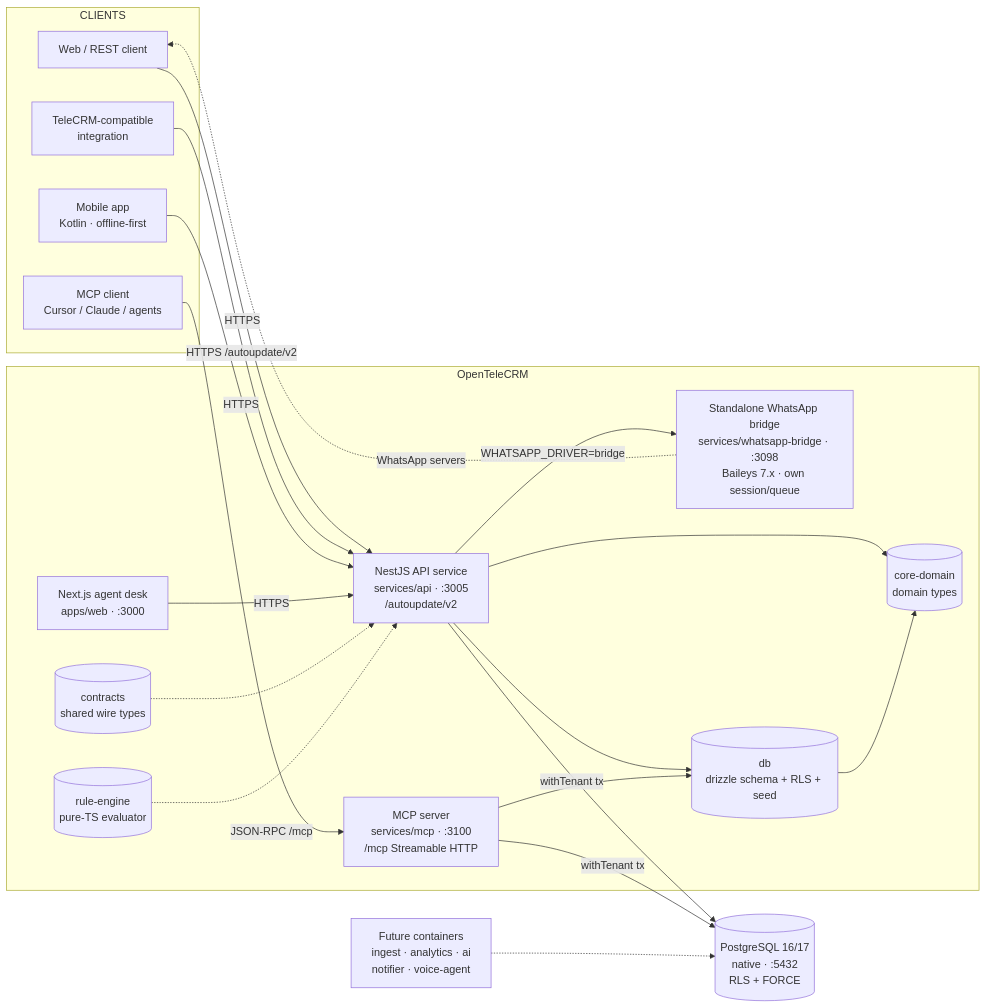
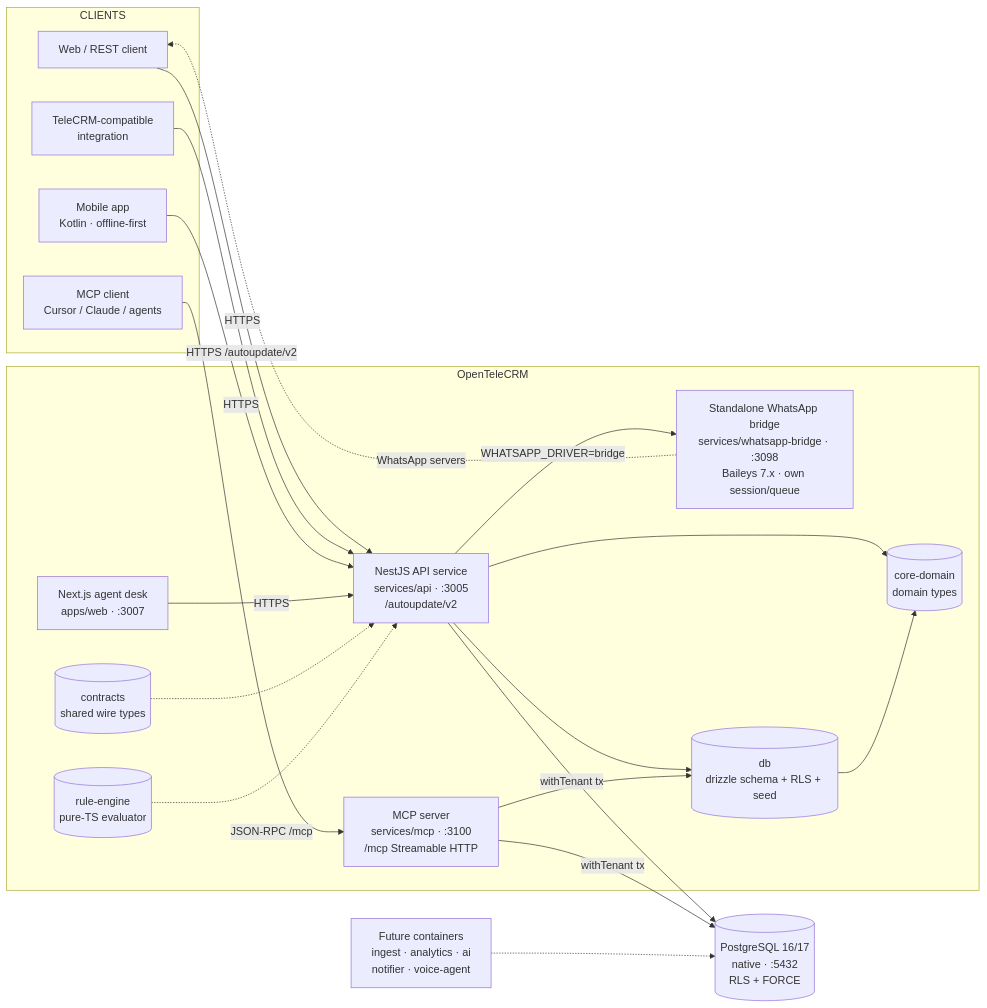
Before and after one commit to iamsrishanth/OpenTeleCRM: the second of 8 diagrams in docs/ARCHITECTURE.md, drawn with Mermaid. The commit also changed other lines of this file and 4 other files, not shown here.

````diff
--- a/docs/ARCHITECTURE.md
+++ b/docs/ARCHITECTURE.md
@@ -57,37 +57,37 @@
 ```mermaid
 flowchart LR
   subgraph CLIENTS
     C1[Web / REST client]
     C2[MCP client<br/>Cursor / Claude / agents]
     C3[TeleCRM-compatible<br/>integration]
     C4[Mobile app<br/>Kotlin · offline-first]
   end
   subgraph OTEL[OpenTeleCRM]
     API[NestJS API service<br/>services/api · :3005<br/>/autoupdate/v2]
     MCP[MCP server<br/>services/mcp · :3100<br/>/mcp Streamable HTTP]
     WS[Standalone WhatsApp bridge<br/>services/whatsapp-bridge · :3098<br/>Baileys 7.x · own session/queue]
-    WEB[Next.js agent desk<br/>apps/web · :3000]
+    WEB[Next.js agent desk<br/>apps/web · :3007]
     CD[(core-domain<br/>domain types)]
     DB[(db<br/>drizzle schema + RLS + seed)]
     CT[(contracts<br/>shared wire types)]
     RE[(rule-engine<br/>pure-TS evaluator)]
   end
   PG[(PostgreSQL 16/17<br/>native · :5432<br/>RLS + FORCE)]
   RQ[Future containers<br/>ingest · analytics · ai<br/>notifier · voice-agent]
   C1 -->|HTTPS| API
   C2 -->|JSON-RPC /mcp| MCP
   C3 -->|HTTPS /autoupdate/v2| API
   C4 -->|HTTPS| API
   WEB -->|HTTPS| API
   API -->|WHATSAPP_DRIVER=bridge| WS
   WS -.->|WhatsApp servers| C1
   API -->|withTenant tx| PG
   MCP -->|withTenant tx| PG
   API --> CD
   API --> DB
   MCP --> DB
   DB --> CD
   CT -.-> API
   RE -.-> API
   RQ -.-> PG
 ```
````
